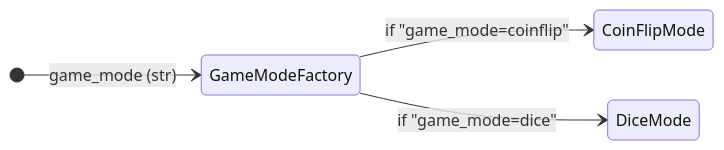
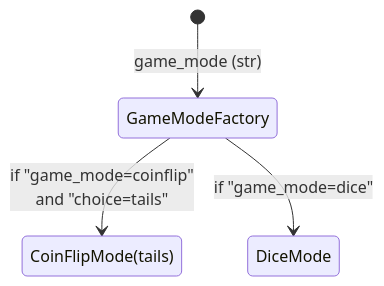
One commit to ludo2ne/ENSAI-2A-Projet-info changed the third of 3 diagrams in quarto-site/doc/tp/tp2.qmd. Above: the diagram before and after it, drawn with Mermaid. The commit also changed other lines of this file and 5 other files, not shown here.

````diff
--- a/quarto-site/doc/tp/tp2.qmd
+++ b/quarto-site/doc/tp/tp2.qmd
@@ -230,7 +266,6 @@
 ```{mermaid}
 stateDiagram
-    direction LR
     [*] --> GameModeFactory : game_mode (str)
-    GameModeFactory --> CoinFlipMode : if "game_mode=coinflip"
+    GameModeFactory --> CoinFlipMode(tails) : if "game_mode=coinflip" <br> and "choice=tails"
     GameModeFactory --> DiceMode : if "game_mode=dice"
 ```
````
